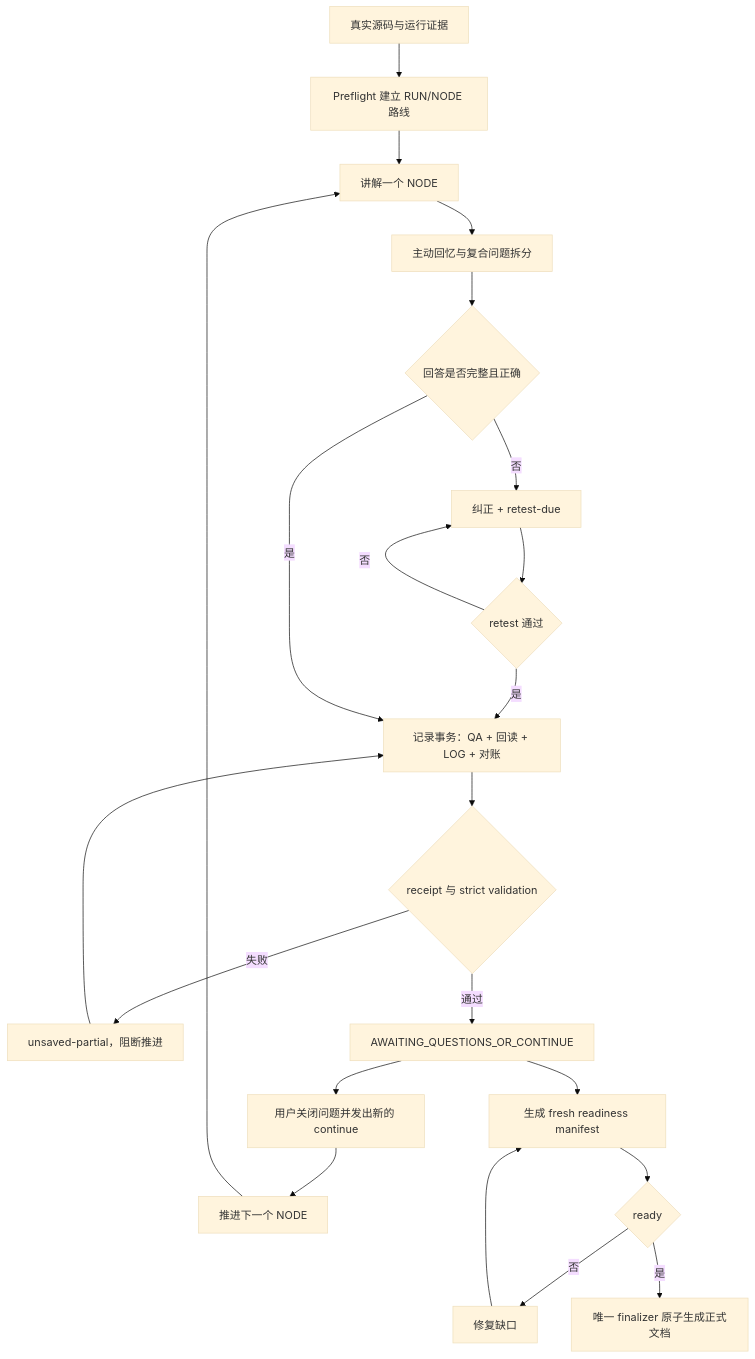
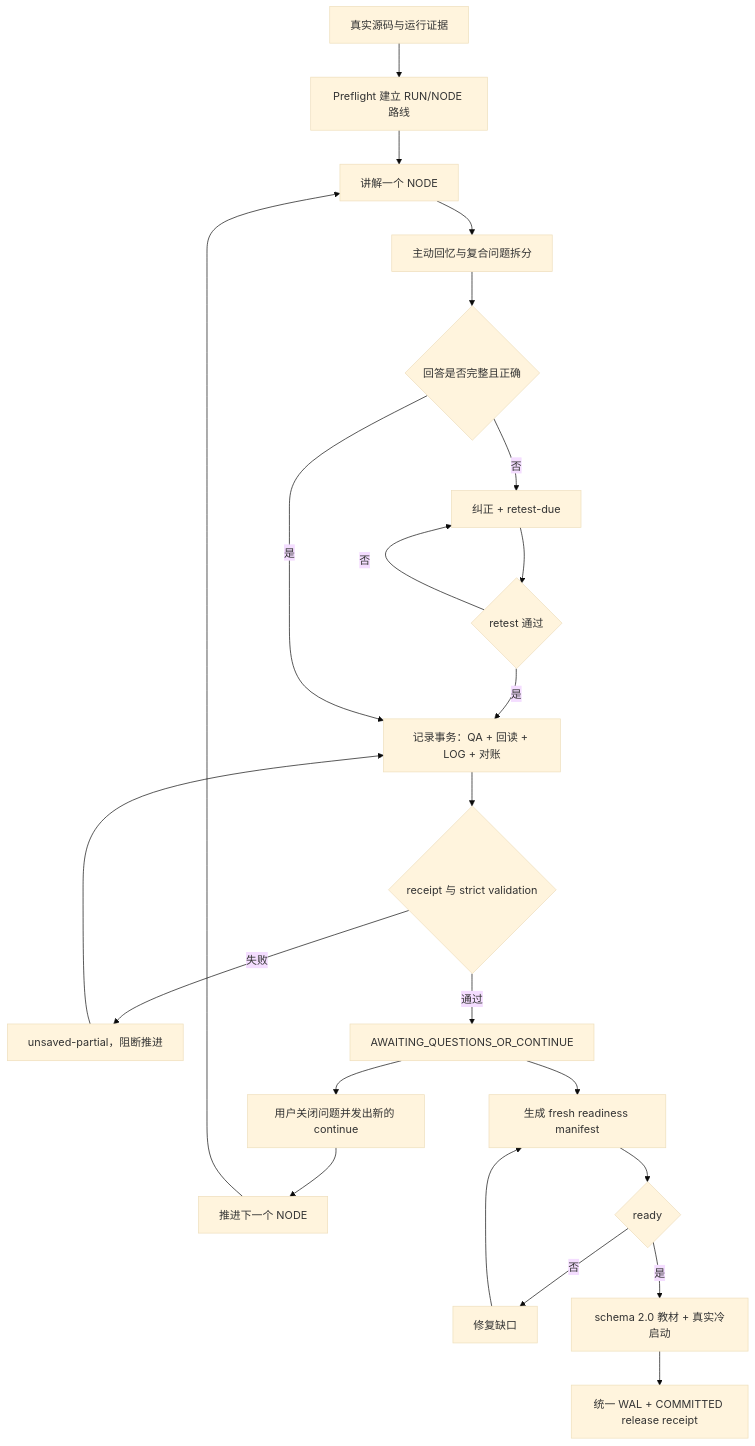
One commit to 1bkunnn-cyber/project-code-study changed the diagram in README.md. Above: the diagram before and after it, drawn with Mermaid (base theme). The commit also changed other lines of this file and 40 other files, not shown here.

````diff
--- a/README.md
+++ b/README.md
@@ -28,24 +28,25 @@
 ```mermaid
 flowchart TD
     A[真实源码与运行证据] --> B[Preflight 建立 RUN/NODE 路线]
     B --> C[讲解一个 NODE]
     C --> D[主动回忆与复合问题拆分]
     D --> E{回答是否完整且正确}
     E -- 否 --> F[纠正 + retest-due]
     F --> G{retest 通过}
     G -- 否 --> F
     G -- 是 --> H[记录事务：QA + 回读 + LOG + 对账]
     E -- 是 --> H
     H --> I{receipt 与 strict validation}
     I -- 失败 --> J[unsaved-partial，阻断推进]
     J --> H
     I -- 通过 --> K[AWAITING_QUESTIONS_OR_CONTINUE]
     K --> L[用户关闭问题并发出新的 continue]
     L --> M[推进下一个 NODE]
     M --> C
     K --> N[生成 fresh readiness manifest]
     N --> O{ready}
     O -- 否 --> P[修复缺口]
     P --> N
-    O -- 是 --> Q[唯一 finalizer 原子生成正式文档]
+    O -- 是 --> Q[schema 2.0 教材 + 真实冷启动]
+    Q --> R[统一 WAL + COMMITTED release receipt]
 ```
````
